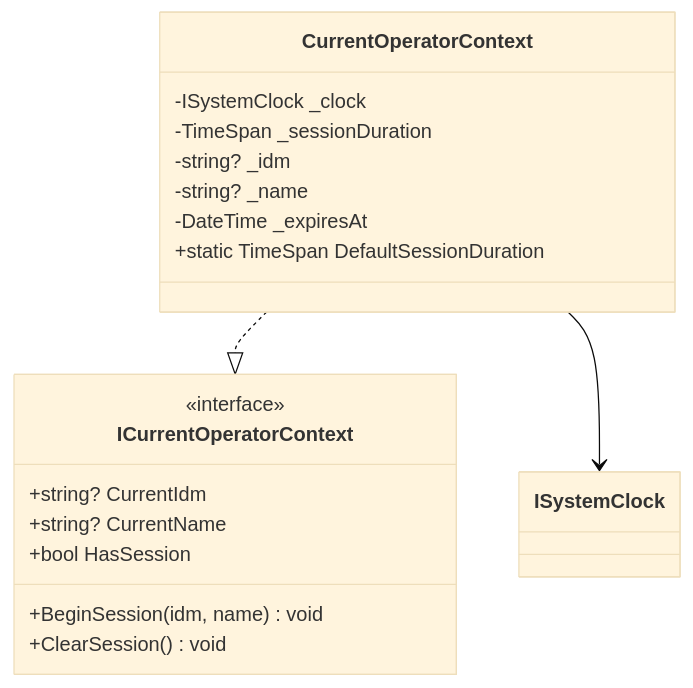
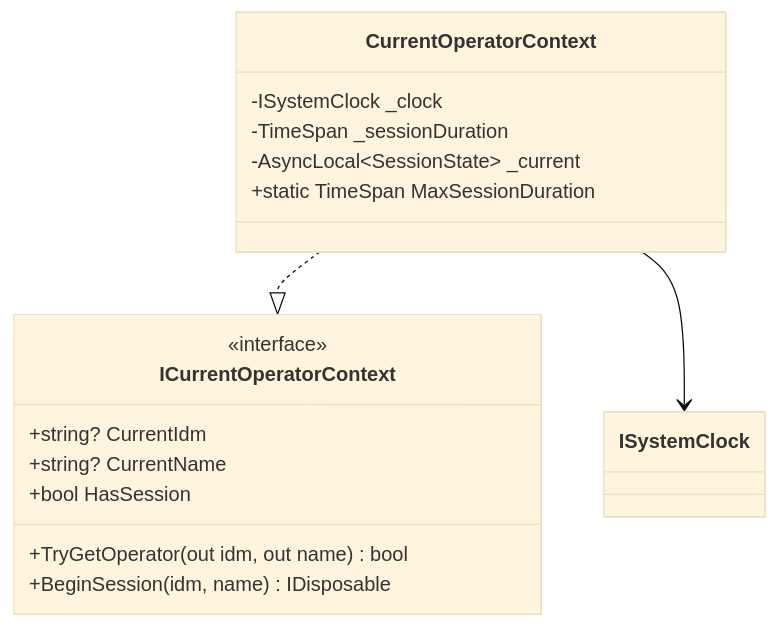
Before and after one commit to kuwayamamasayuki/ICCardManager: diagram 27 of 54 in ICCardManager/docs/design/05_クラス設計書.md, drawn with Mermaid (base theme). The commit also changed other lines of this file and 29 other files, not shown here.

````diff
--- a/ICCardManager/docs/design/05_クラス設計書.md
+++ b/ICCardManager/docs/design/05_クラス設計書.md
@@ -2201,23 +2206,21 @@
 ```mermaid
 classDiagram
     class ICurrentOperatorContext {
         <<interface>>
         +string? CurrentIdm
         +string? CurrentName
         +bool HasSession
-        +BeginSession(idm, name) void
-        +ClearSession() void
+        +TryGetOperator(out idm, out name) bool
+        +BeginSession(idm, name) IDisposable
     }
 
     class CurrentOperatorContext {
         -ISystemClock _clock
         -TimeSpan _sessionDuration
-        -string? _idm
-        -string? _name
-        -DateTime _expiresAt
-        +static TimeSpan DefaultSessionDuration
+        -AsyncLocal~SessionState~ _current
+        +static TimeSpan MaxSessionDuration
     }
 
     CurrentOperatorContext ..|> ICurrentOperatorContext
     CurrentOperatorContext --> ISystemClock
 ```
````
